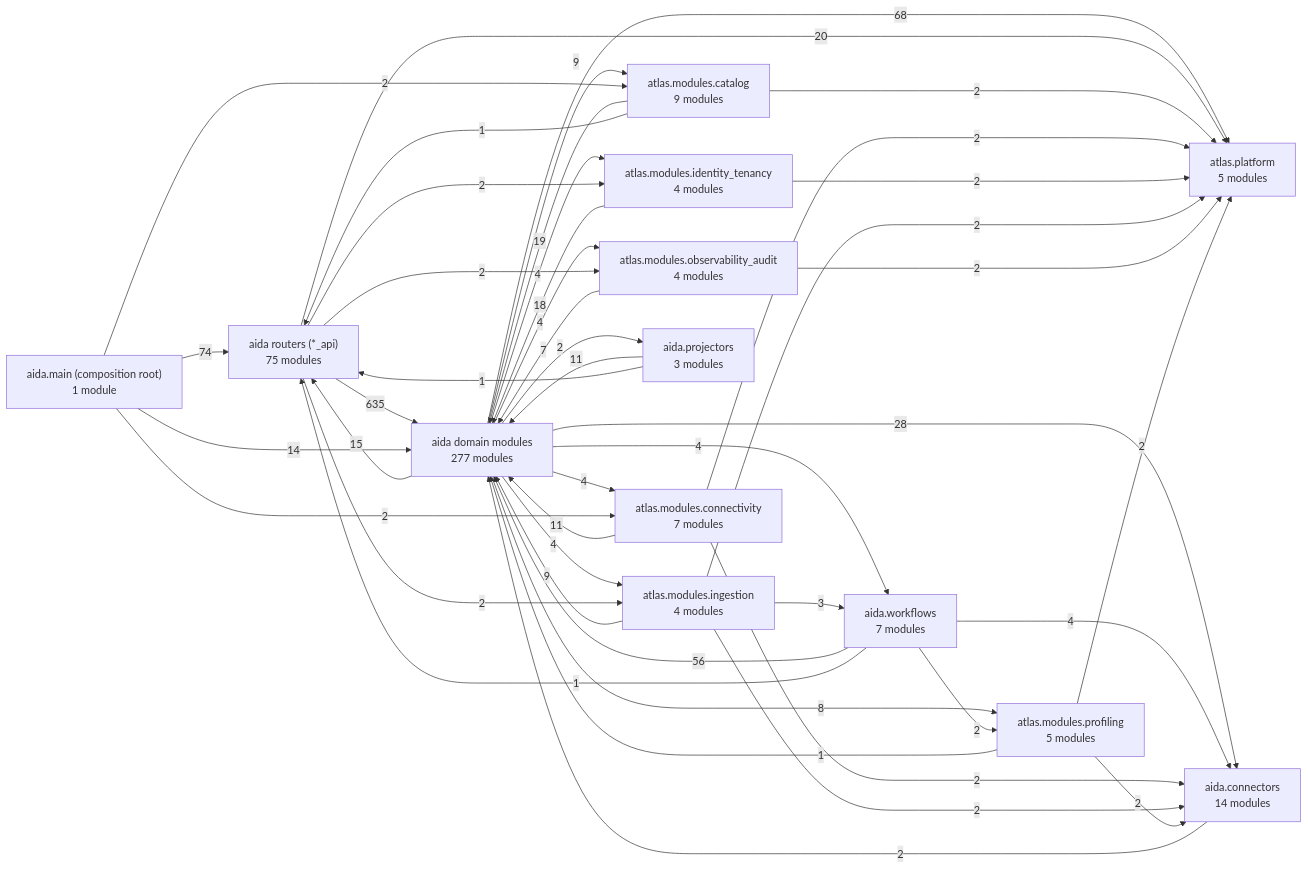
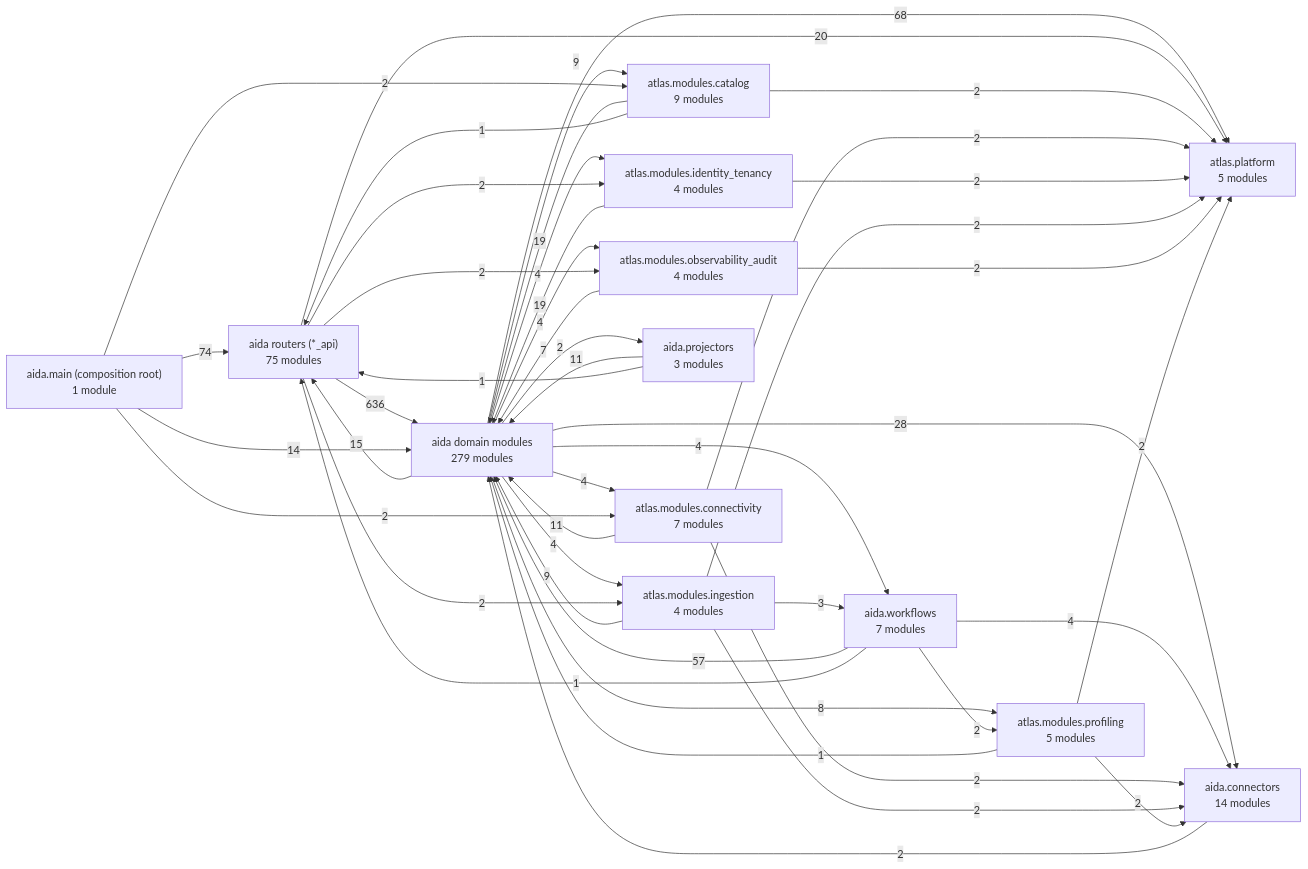
One commit to karuppusamym/AIDataAnalyst changed the first of 3 diagrams in Docs/10-architecture/14-generated-architecture-map.md. Above: the diagram before and after it, drawn with Mermaid. The commit also changed other lines of this file and 102 other files, not shown here.

````diff
--- a/Docs/10-architecture/14-generated-architecture-map.md
+++ b/Docs/10-architecture/14-generated-architecture-map.md
@@ -48,60 +48,60 @@
 ```mermaid
 graph LR
   app["aida.main (composition root)<br/>1 module"]
   routers["aida routers (*_api)<br/>75 modules"]
-  domain["aida domain modules<br/>277 modules"]
+  domain["aida domain modules<br/>279 modules"]
   ctx_catalog["atlas.modules.catalog<br/>9 modules"]
   ctx_connectivity["atlas.modules.connectivity<br/>7 modules"]
   ctx_identity_tenancy["atlas.modules.identity_tenancy<br/>4 modules"]
   ctx_ingestion["atlas.modules.ingestion<br/>4 modules"]
   ctx_observability_audit["atlas.modules.observability_audit<br/>4 modules"]
   ctx_profiling["atlas.modules.profiling<br/>5 modules"]
   connectors["aida.connectors<br/>14 modules"]
   workflows["aida.workflows<br/>7 modules"]
   projectors["aida.projectors<br/>3 modules"]
   platform["atlas.platform<br/>5 modules"]
-  routers -->|635| domain
+  routers -->|636| domain
   app -->|74| routers
   domain -->|68| platform
-  workflows -->|56| domain
+  workflows -->|57| domain
   domain -->|28| connectors
   routers -->|20| platform
   ctx_catalog -->|19| domain
-  ctx_identity_tenancy -->|18| domain
+  ctx_identity_tenancy -->|19| domain
   domain -->|15| routers
   app -->|14| domain
   ctx_connectivity -->|11| domain
   projectors -->|11| domain
   ctx_ingestion -->|9| domain
   domain -->|9| ctx_catalog
   domain -->|8| ctx_profiling
   ctx_observability_audit -->|7| domain
   domain -->|4| ctx_connectivity
   domain -->|4| ctx_identity_tenancy
   domain -->|4| ctx_ingestion
   domain -->|4| ctx_observability_audit
   domain -->|4| workflows
   workflows -->|4| connectors
   ctx_ingestion -->|3| workflows
   app -->|2| ctx_catalog
   app -->|2| ctx_connectivity
   connectors -->|2| domain
   ctx_catalog -->|2| platform
   ctx_connectivity -->|2| connectors
   ctx_connectivity -->|2| platform
   ctx_identity_tenancy -->|2| platform
   ctx_ingestion -->|2| connectors
   ctx_ingestion -->|2| platform
   ctx_observability_audit -->|2| platform
   ctx_profiling -->|2| connectors
   ctx_profiling -->|2| platform
   domain -->|2| projectors
   routers -->|2| ctx_identity_tenancy
   routers -->|2| ctx_ingestion
   routers -->|2| ctx_observability_audit
   workflows -->|2| ctx_profiling
   ctx_catalog -->|1| routers
   ctx_profiling -->|1| domain
   projectors -->|1| routers
   workflows -->|1| routers
 ```
````
